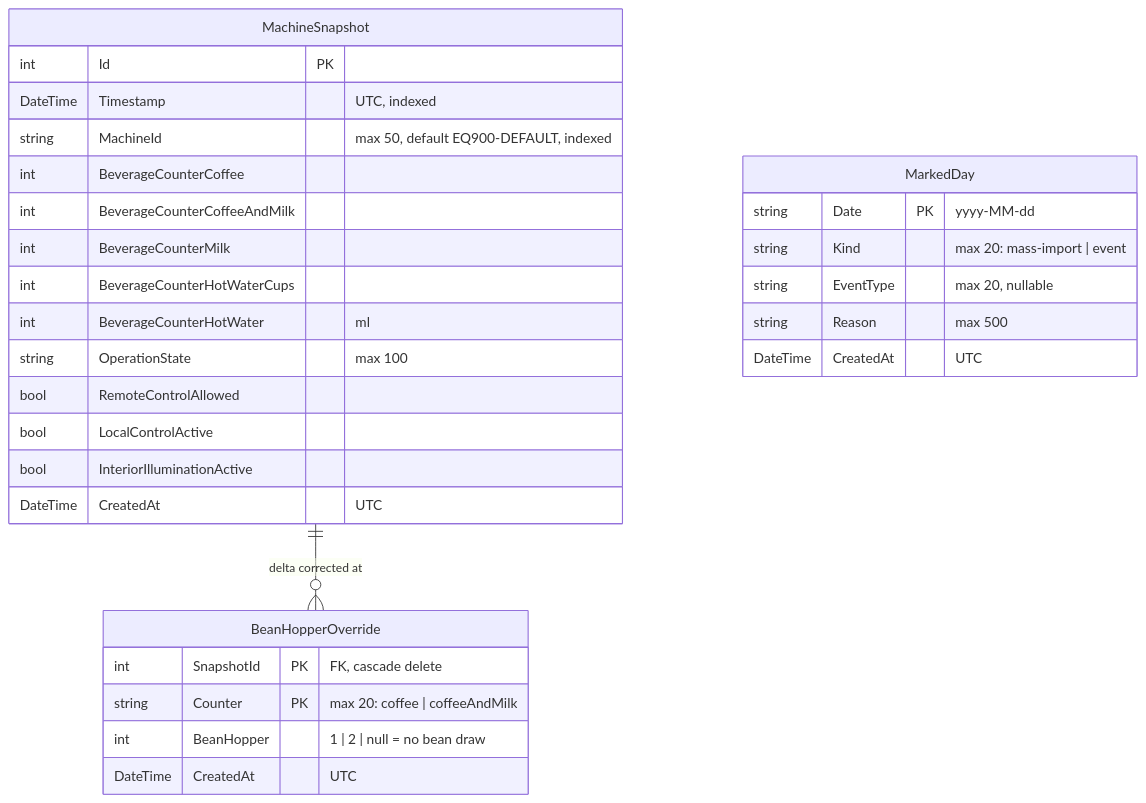
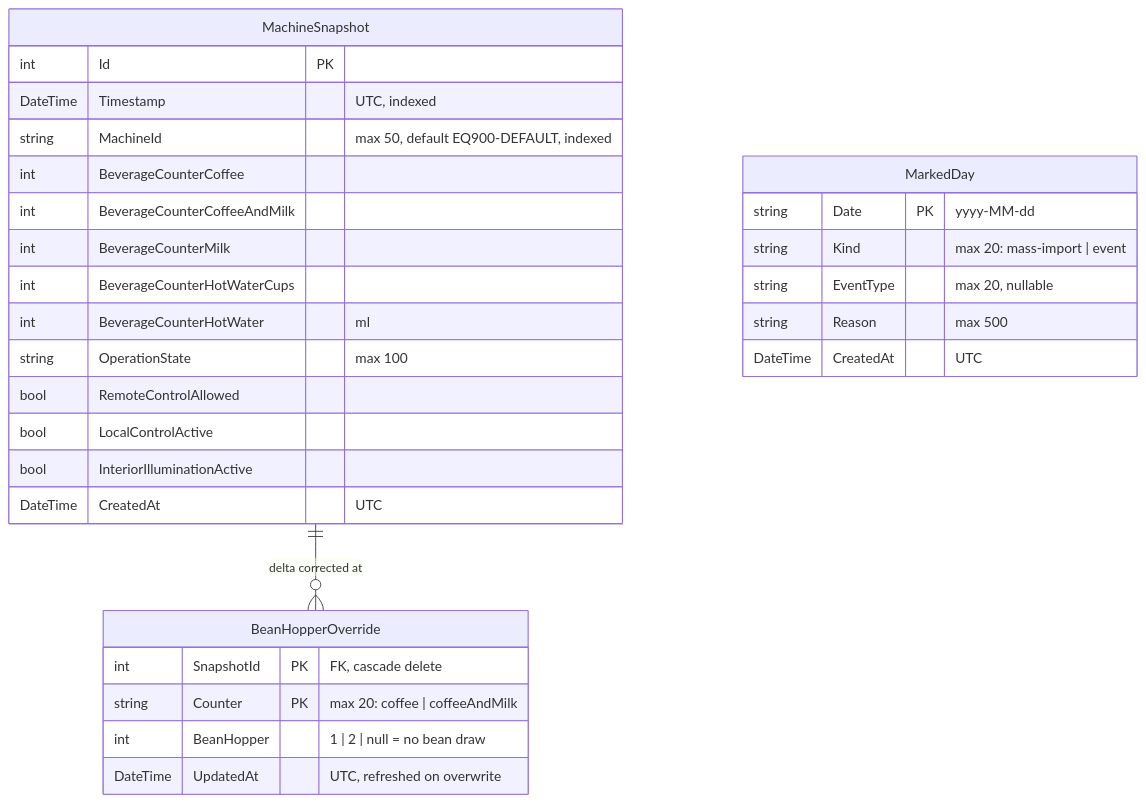
The third of 4 diagrams in doc/arc42/05-building-blocks.md (Gereon93/coffee), drawn with Mermaid before and after one commit. The commit also changed 19 other files, not shown here.

````diff
--- a/doc/arc42/05-building-blocks.md
+++ b/doc/arc42/05-building-blocks.md
@@ -193,32 +193,32 @@
 ```mermaid
 erDiagram
     MachineSnapshot {
         int Id PK
         DateTime Timestamp "UTC, indexed"
         string MachineId "max 50, default EQ900-DEFAULT, indexed"
         int BeverageCounterCoffee
         int BeverageCounterCoffeeAndMilk
         int BeverageCounterMilk
         int BeverageCounterHotWaterCups
         int BeverageCounterHotWater "ml"
         string OperationState "max 100"
         bool RemoteControlAllowed
         bool LocalControlActive
         bool InteriorIlluminationActive
         DateTime CreatedAt "UTC"
     }
     MarkedDay {
         string Date PK "yyyy-MM-dd"
         string Kind "max 20: mass-import | event"
         string EventType "max 20, nullable"
         string Reason "max 500"
         DateTime CreatedAt "UTC"
     }
     BeanHopperOverride {
         int SnapshotId PK "FK, cascade delete"
         string Counter PK "max 20: coffee | coffeeAndMilk"
         int BeanHopper "1 | 2 | null = no bean draw"
-        DateTime CreatedAt "UTC"
+        DateTime UpdatedAt "UTC, refreshed on overwrite"
     }
     MachineSnapshot ||--o{ BeanHopperOverride : "delta corrected at"
 ```
````
